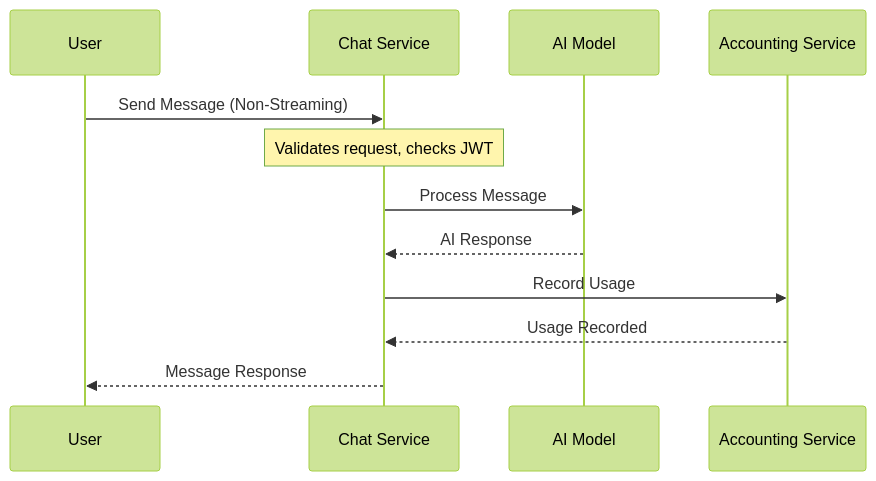
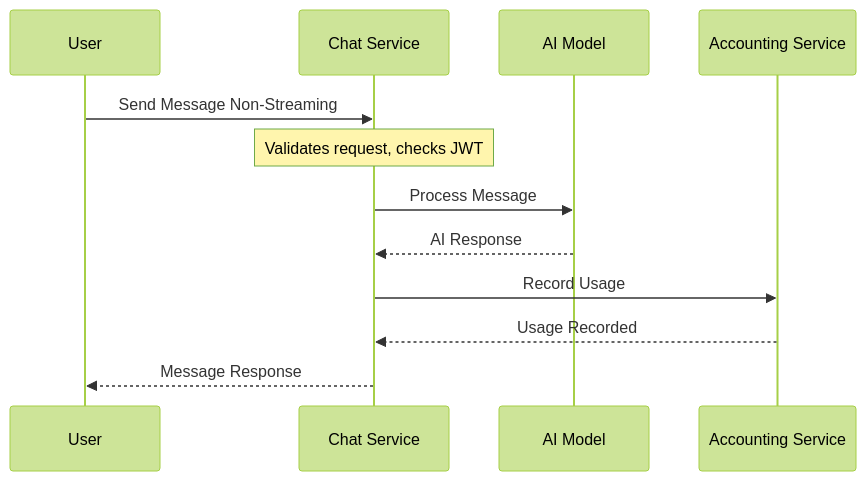
One commit to enoch-sit/tool-chatbot-boilerplate changed the third of 5 diagrams in services/chat-service/docs/ChatFeatures.md. Above: the diagram before and after it, drawn with Mermaid (forest theme). The commit also changed other lines of this file and 19 other files, not shown here.

````diff
--- a/services/chat-service/docs/ChatFeatures.md
+++ b/services/chat-service/docs/ChatFeatures.md
@@ -171,15 +171,15 @@
 ```mermaid
 sequenceDiagram
     participant User
     participant Chat Service
     participant AI Model
     participant Accounting Service
 
-    User->>Chat Service: Send Message (Non-Streaming)
+    User->>Chat Service: Send Message Non-Streaming
     Note over Chat Service: Validates request, checks JWT
     Chat Service->>AI Model: Process Message
     AI Model-->>Chat Service: AI Response
     Chat Service->>Accounting Service: Record Usage
     Accounting Service-->>Chat Service: Usage Recorded
     Chat Service-->>User: Message Response
 ```
````
